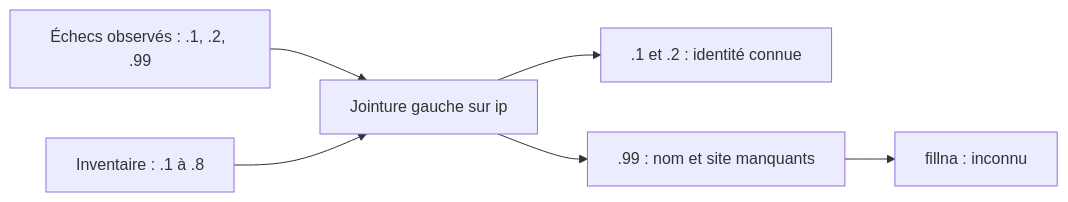
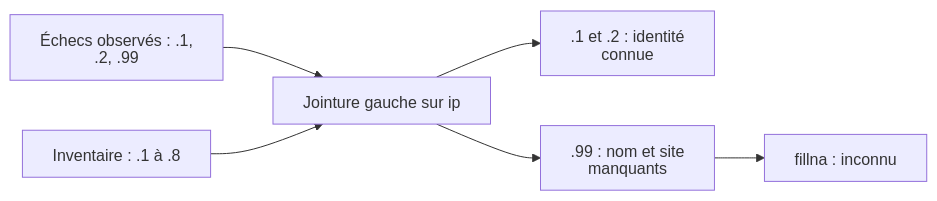
One commit to lapeyrade/formation-python changed the second of 2 diagrams in ateliers/04/README.md. Above: the diagram before and after it, drawn with Mermaid. The commit also changed other lines of this file and 17 other files, not shown here.

````diff
--- a/ateliers/04/README.md
+++ b/ateliers/04/README.md
@@ -472,8 +475,9 @@
 ```mermaid
+%%{init: {"htmlLabels": false, "flowchart": {"htmlLabels": false}}}%%
 flowchart LR
-  A["Échecs observés : .1, .2, .99"] --> J["Jointure gauche sur ip"]
+  A["Échecs observés : .1,<br/>.2, .99"] --> J["Jointure gauche sur ip"]
   B["Inventaire : .1 à .8"] --> J
-  J --> C[".1 et .2 : identité connue"]
-  J --> D[".99 : nom et site manquants"]
+  J --> C[".1 et .2 : identité<br/>connue"]
+  J --> D[".99 : nom et site<br/>manquants"]
   D --> E["fillna : inconnu"]
 ```
````
